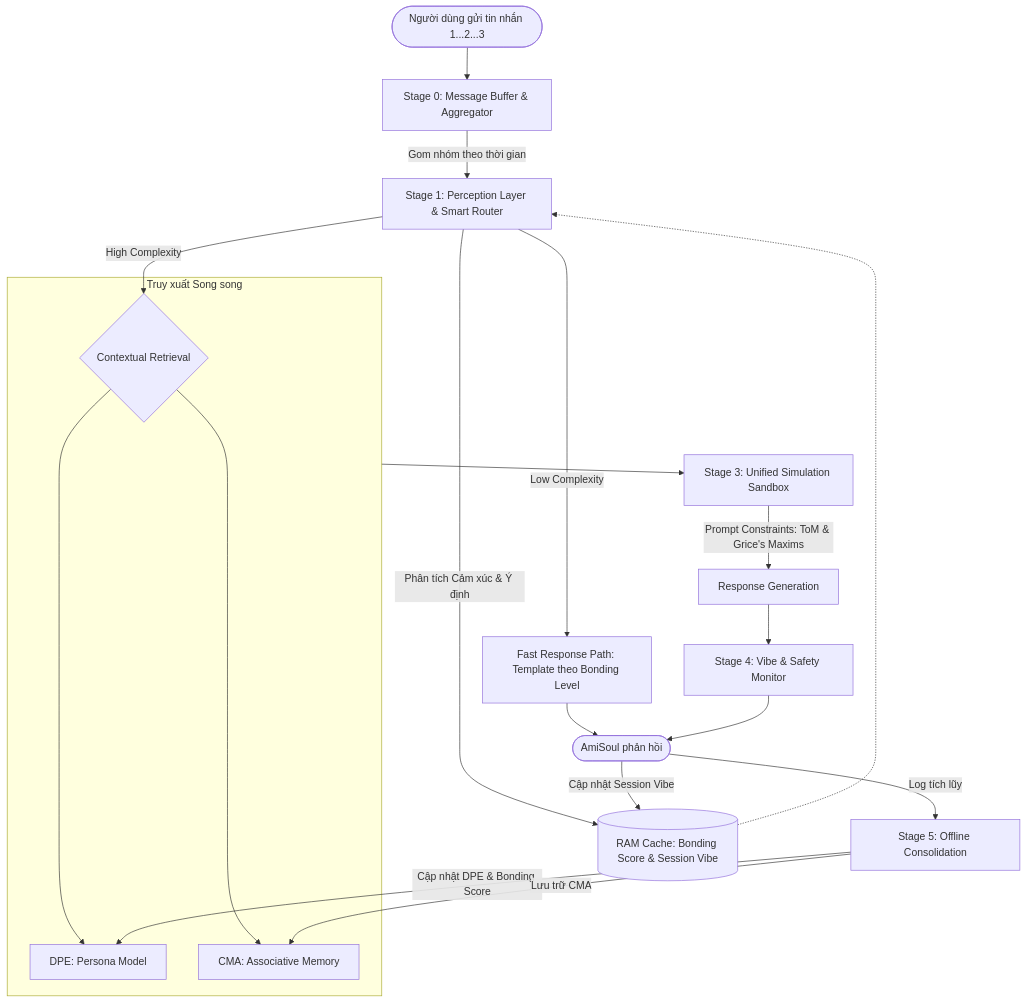
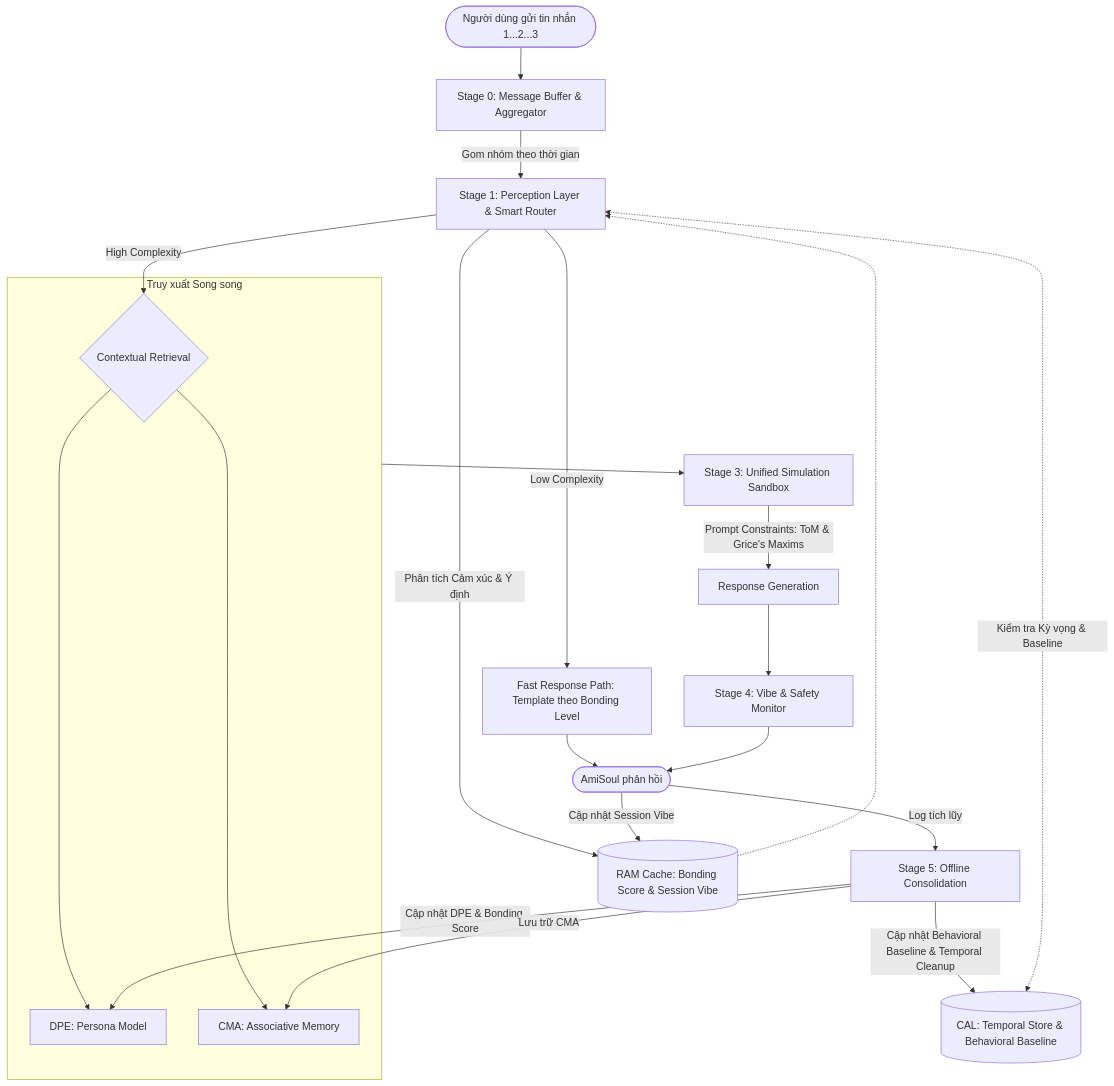
Before and after one commit to TCTri205/AmiSoul: the diagram in docs/method/unified_system_design.md, drawn with Mermaid. The commit also changed other lines of this file and 1 other file, not shown here.

Commit message:
docs: patch async flow interrupts and prompt injection security

````diff
--- a/docs/method/unified_system_design.md
+++ b/docs/method/unified_system_design.md
@@ -11,35 +14,37 @@
 ```mermaid
 graph TD
     %% Tầng Tiền xử lý (Stage 0)
     Input([Người dùng gửi tin nhắn 1...2...3]) --> B0[Stage 0: Message Buffer & Aggregator]
     B0 -->|Gom nhóm theo thời gian| P1[Stage 1: Perception Layer & Smart Router]
     
     %% Giai đoạn 1: Tiếp nhận & Điều hướng
-    P1 -->|Phân tích Cảm xúc & Ý định| Cache[(RAM Cache: Bonding Score & Session Vibe)]
+    P1 --> |Phân tích Cảm xúc & Ý định| Cache[(RAM Cache: Bonding Score & Session Vibe)]
     Cache -.-> P1
+    CAL[(CAL: Temporal Store & Behavioral Baseline)] <-.-> |Kiểm tra Kỳ vọng & Baseline| P1
     
     %% Cơ chế Fast Response
     P1 -->|Low Complexity| FR[Fast Response Path: Template theo Bonding Level]
     FR --> Output
     
     %% Giai đoạn 2: Truy xuất 
     P1 -->|High Complexity| P2{Contextual Retrieval}
     subgraph Parallel_Retrieval [Truy xuất Song song]
         P2 --> R1[DPE: Persona Model]
         P2 --> R2[CMA: Associative Memory]
     end
     
     %% Giai đoạn 3: Xử lý Trung tâm (Single-Pass)
     Parallel_Retrieval --> S1[Stage 3: Unified Simulation Sandbox]
     S1 -->|Prompt Constraints: ToM & Grice's Maxims| S2[Response Generation]
     
     %% Giai đoạn 4: Giám sát
     S2 --> M1[Stage 4: Vibe & Safety Monitor]
     M1 --> Output([AmiSoul phản hồi])
     
     %% Vòng lặp Offline
     Output -->|Cập nhật Session Vibe| Cache
     Output -->|Log tích lũy| O1[Stage 5: Offline Consolidation]
-    O1 -->|Cập nhật DPE & Bonding Score| R1
-    O1 -->|Lưu trữ CMA| R2
+    O1 --> |Cập nhật DPE & Bonding Score| R1
+    O1 --> |Lưu trữ CMA| R2
+    O1 --> |Cập nhật Behavioral Baseline & Temporal Cleanup| CAL
 ```
````
